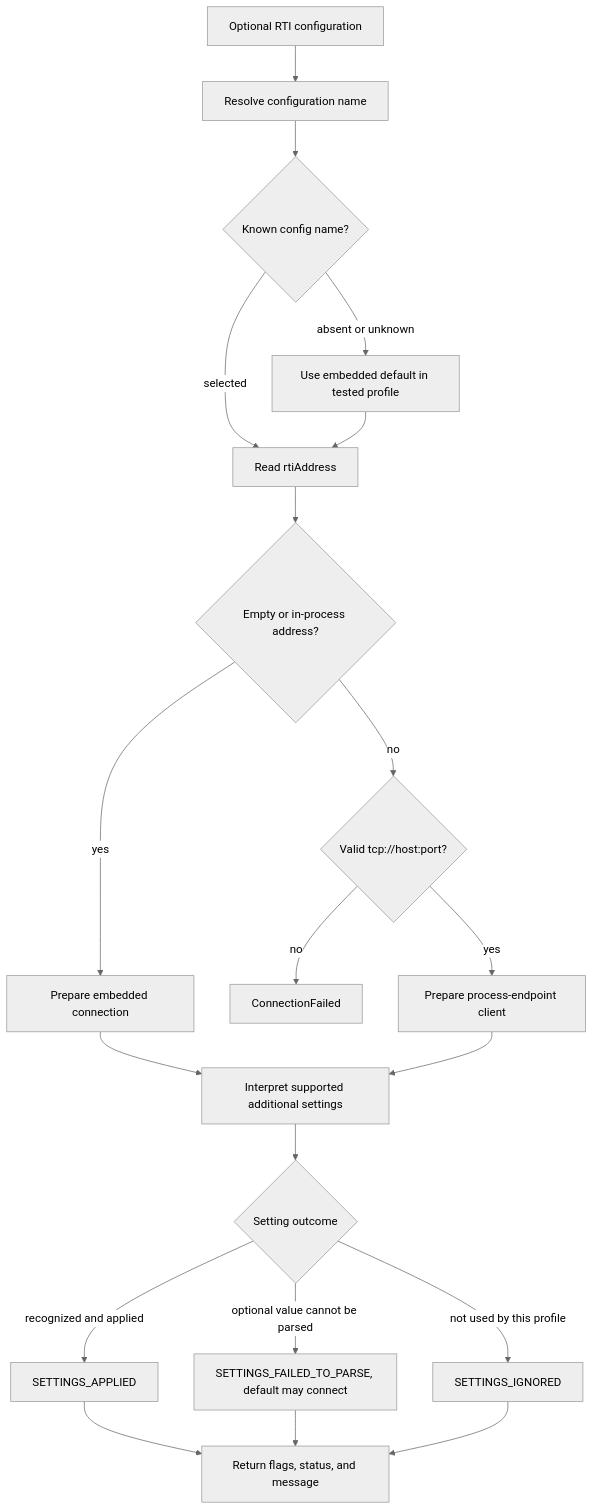
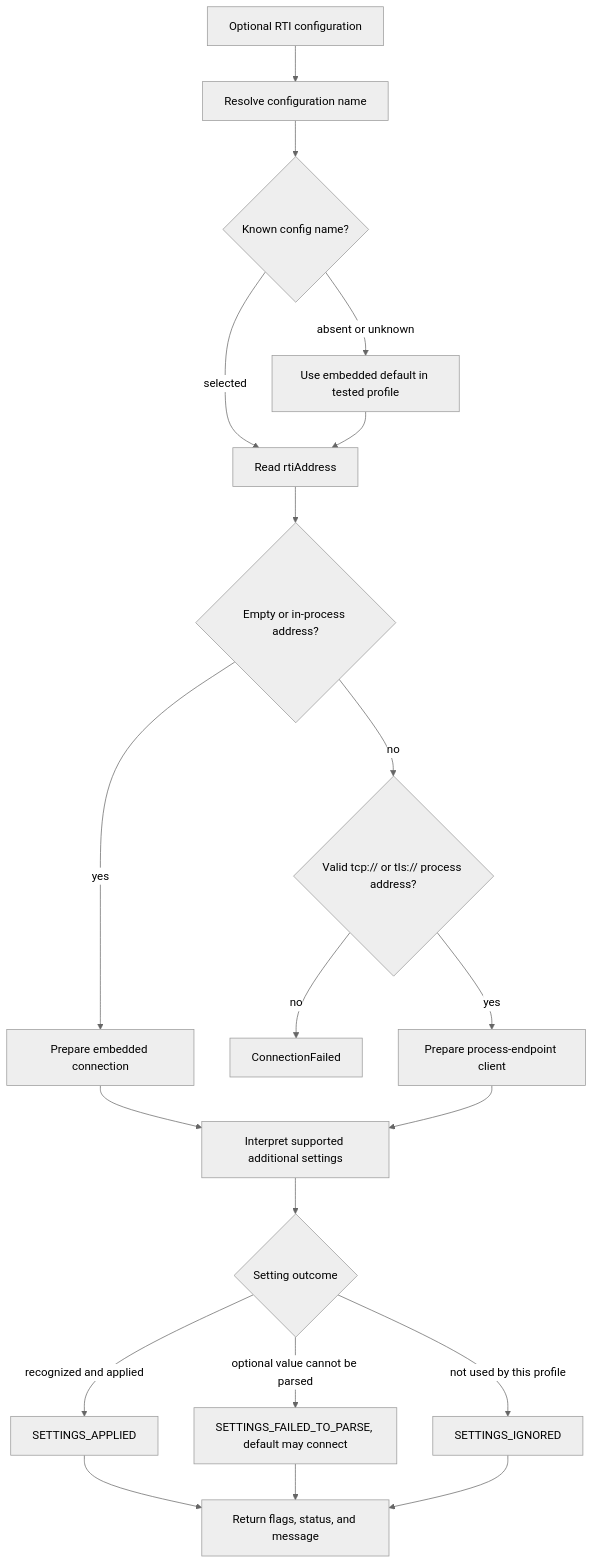
Before and after one commit to sheepfling/umbra: the second of 6 diagrams in docs/design/HLA-2025-CONNECTION-AND-CONFIGURATION-FLOW-GUIDE.md, drawn with Mermaid (neutral theme). The commit also changed other lines of this file and 39 other files, not shown here.

Commit message:
Document IEEE 1516.1-2025 behavior flows

````diff
--- a/docs/design/HLA-2025-CONNECTION-AND-CONFIGURATION-FLOW-GUIDE.md
+++ b/docs/design/HLA-2025-CONNECTION-AND-CONFIGURATION-FLOW-GUIDE.md
@@ -97,22 +111,22 @@
 ```mermaid
 flowchart TD
     A["Optional RTI configuration"] --> B["Resolve configuration name"]
     B --> C{"Known config name?"}
     C -- "absent or unknown" --> D["Use embedded default in tested profile"]
     C -- "selected" --> E["Read rtiAddress"]
     D --> E
     E --> F{"Empty or in-process address?"}
     F -- "yes" --> G["Prepare embedded connection"]
-    F -- "no" --> H{"Valid tcp://host:port?"}
+    F -- "no" --> H{"Valid tcp:// or tls:// process address?"}
     H -- "no" --> I["ConnectionFailed"]
     H -- "yes" --> J["Prepare process-endpoint client"]
     G --> K["Interpret supported additional settings"]
     J --> K
     K --> L{"Setting outcome"}
     L -- "recognized and applied" --> M["SETTINGS_APPLIED"]
     L -- "optional value cannot be parsed" --> N["SETTINGS_FAILED_TO_PARSE, default may connect"]
     L -- "not used by this profile" --> O["SETTINGS_IGNORED"]
     M --> P["Return flags, status, and message"]
     N --> P
     O --> P
 ```
````
